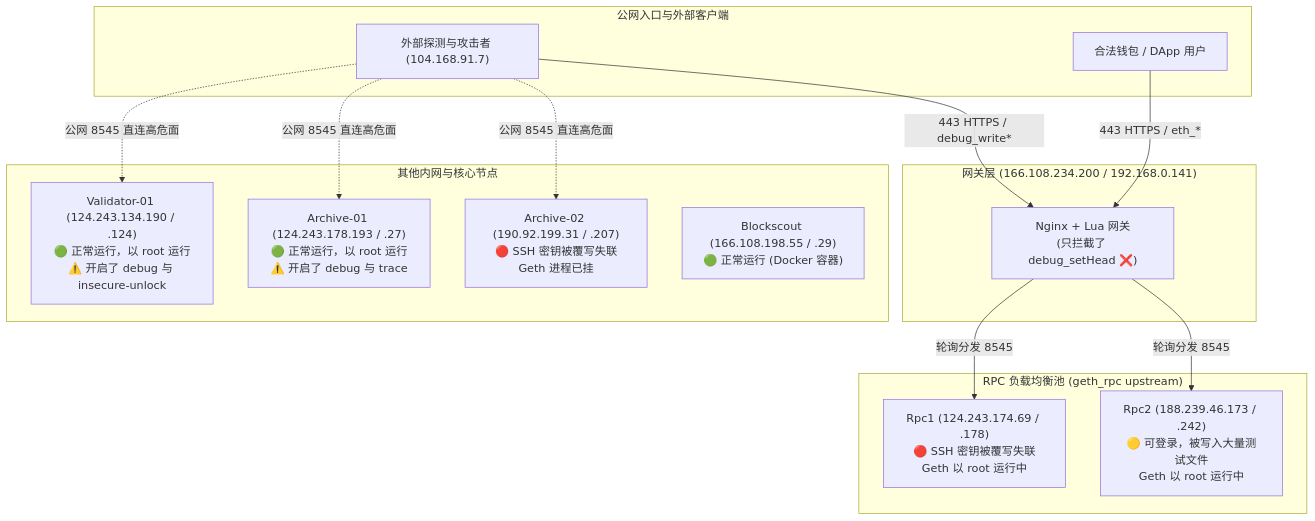
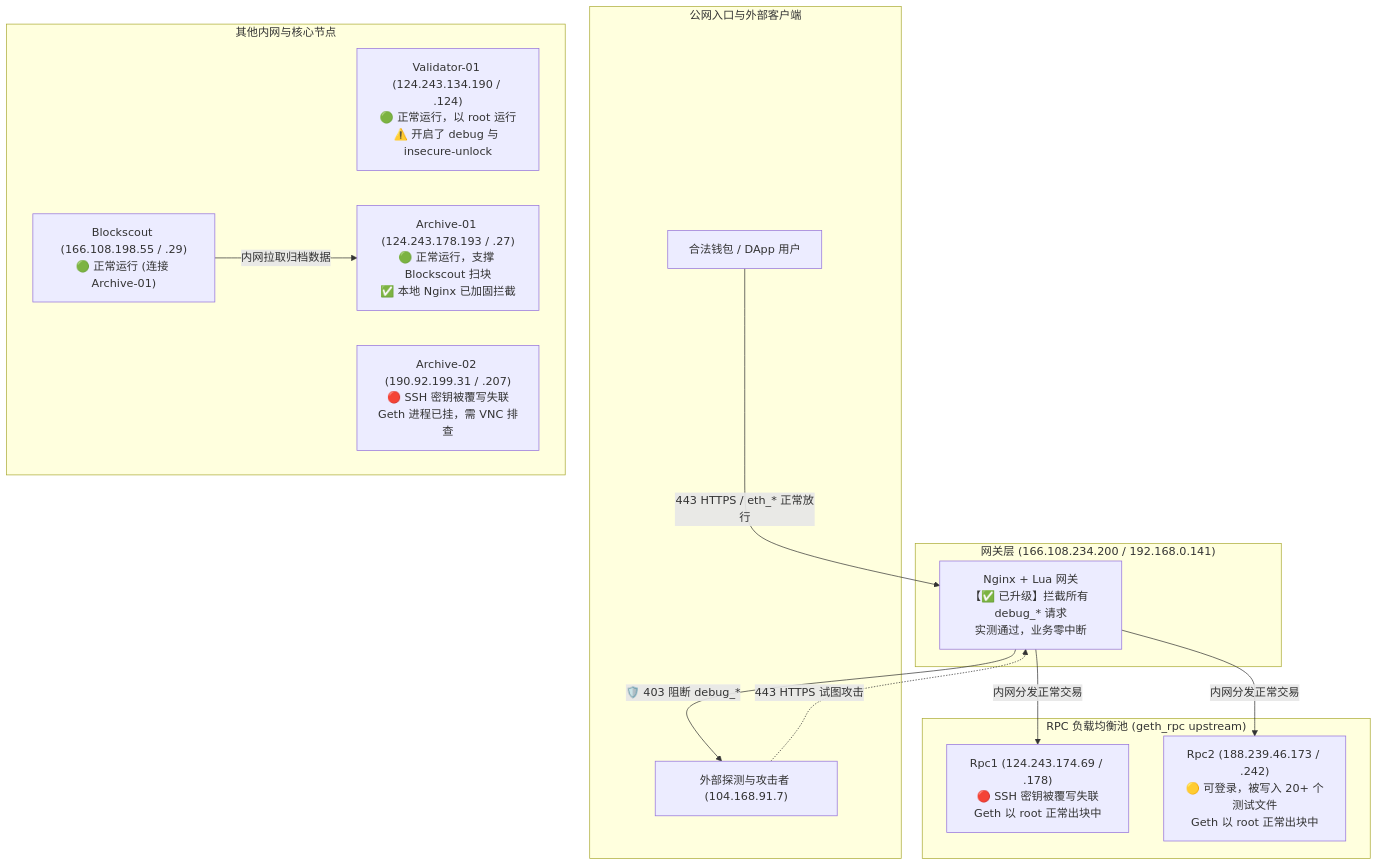
One commit to devubuntux-creator/aifi_chain changed the diagram in docs/AiFi_Geth_RPC_安全事件调查与应急处置方案_2026-11-05.md. Above: the diagram before and after it, drawn with Mermaid. The commit also changed other lines of this file, not shown here.

Commit message:
docs: update AiFi security report v1.1 with phase 0 completion and archive audit

````diff
--- a/docs/AiFi_Geth_RPC_安全事件调查与应急处置方案_2026-11-05.md
+++ b/docs/AiFi_Geth_RPC_安全事件调查与应急处置方案_2026-11-05.md
@@ -44,31 +45,30 @@
 ```mermaid
 flowchart TD
     subgraph Public["公网入口与外部客户端"]
         User["合法钱包 / DApp 用户"]
         Attacker["外部探测与攻击者 (104.168.91.7)"]
     end
 
     subgraph Gateway["网关层 (166.108.234.200 / 192.168.0.141)"]
-        Nginx["Nginx + Lua 网关<br/>(只拦截了 debug_setHead ❌)"]
+        Nginx["Nginx + Lua 网关<br/>【✅ 已升级】拦截所有 debug_* 请求<br/>实测通过，业务零中断"]
     end
 
     subgraph UpstreamNodes["RPC 负载均衡池 (geth_rpc upstream)"]
-        Rpc1["Rpc1 (124.243.174.69 / .178)<br/>🔴 SSH 密钥被覆写失联<br/>Geth 以 root 运行中"]
-        Rpc2["Rpc2 (188.239.46.173 / .242)<br/>🟡 可登录，被写入大量测试文件<br/>Geth 以 root 运行中"]
+        Rpc1["Rpc1 (124.243.174.69 / .178)<br/>🔴 SSH 密钥被覆写失联<br/>Geth 以 root 正常出块中"]
+        Rpc2["Rpc2 (188.239.46.173 / .242)<br/>🟡 可登录，被写入 20+ 个测试文件<br/>Geth 以 root 正常出块中"]
     end
 
     subgraph InternalNodes["其他内网与核心节点"]
         Validator["Validator-01 (124.243.134.190 / .124)<br/>🟢 正常运行，以 root 运行<br/>⚠️ 开启了 debug 与 insecure-unlock"]
-        Archive01["Archive-01 (124.243.178.193 / .27)<br/>🟢 正常运行，以 root 运行<br/>⚠️ 开启了 debug 与 trace"]
-        Archive02["Archive-02 (190.92.199.31 / .207)<br/>🔴 SSH 密钥被覆写失联<br/>Geth 进程已挂"]
-        Blockscout["Blockscout (166.108.198.55 / .29)<br/>🟢 正常运行 (Docker 容器)"]
+        Archive01["Archive-01 (124.243.178.193 / .27)<br/>🟢 正常运行，支撑 Blockscout 扫块<br/>✅ 本地 Nginx 已加固拦截"]
+        Archive02["Archive-02 (190.92.199.31 / .207)<br/>🔴 SSH 密钥被覆写失联<br/>Geth 进程已挂，需 VNC 排查"]
+        Blockscout["Blockscout (166.108.198.55 / .29)<br/>🟢 正常运行 (连接 Archive-01)"]
     end
 
-    Attacker -->|443 HTTPS / debug_write*| Nginx
-    User -->|443 HTTPS / eth_*| Nginx
-    Nginx -->|轮询分发 8545| Rpc1
-    Nginx -->|轮询分发 8545| Rpc2
-    Attacker -.->|公网 8545 直连高危面| Validator
-    Attacker -.->|公网 8545 直连高危面| Archive01
-    Attacker -.->|公网 8545 直连高危面| Archive02
+    Attacker -.->|443 HTTPS 试图攻击| Nginx
+    Nginx -->|🛡️ 403 阻断 debug_*| Attacker
+    User -->|443 HTTPS / eth_* 正常放行| Nginx
+    Nginx -->|内网分发正常交易| Rpc1
+    Nginx -->|内网分发正常交易| Rpc2
+    Blockscout -->|内网拉取归档数据| Archive01
 ```
````
